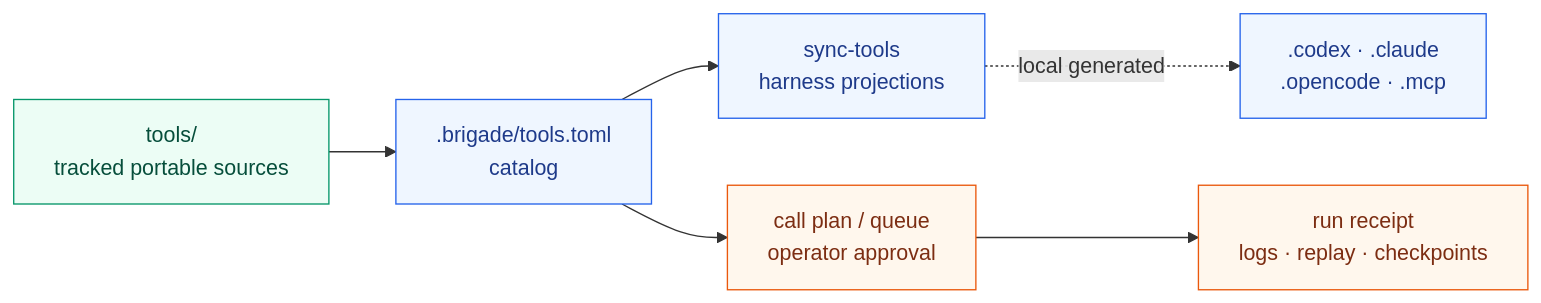
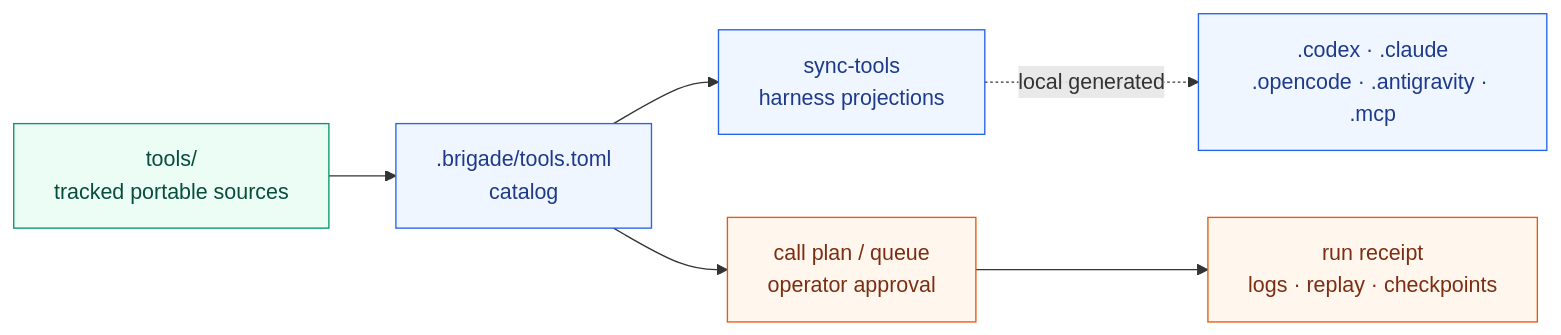
One commit to escoffier-labs/brigade changed the eighth of 13 diagrams in README.md. Above: the diagram before and after it, drawn with Mermaid. The commit also changed other lines of this file, not shown here.

````diff
--- a/README.md
+++ b/README.md
@@ -446,19 +450,19 @@
 ```mermaid
 flowchart LR
     SOURCE["tools/<br/>tracked portable sources"]
     CATALOG[".brigade/tools.toml<br/>catalog"]
     PROJECT["sync-tools<br/>harness projections"]
     APPROVAL["call plan / queue<br/>operator approval"]
     RUN["run receipt<br/>logs · replay · checkpoints"]
 
     SOURCE --> CATALOG --> PROJECT
     CATALOG --> APPROVAL --> RUN
-    PROJECT -. local generated .-> HARNESSES[".codex · .claude<br/>.opencode · .mcp"]
+    PROJECT -. local generated .-> HARNESSES[".codex · .claude<br/>.opencode · .antigravity · .mcp"]
 
     classDef source fill:#ecfdf5,stroke:#059669,color:#064e3b;
     classDef local fill:#eff6ff,stroke:#2563eb,color:#1e3a8a;
     classDef gate fill:#fff7ed,stroke:#ea580c,color:#7c2d12;
     class SOURCE source;
     class CATALOG,PROJECT,HARNESSES local;
     class APPROVAL,RUN gate;
 ```
````
